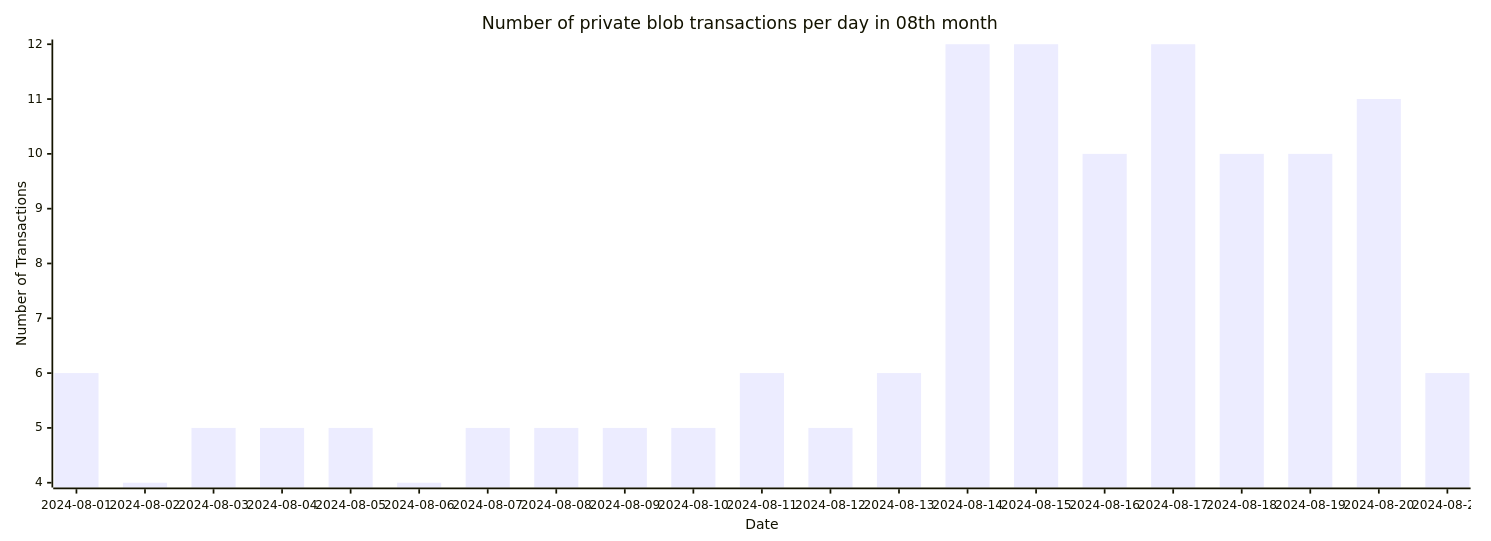
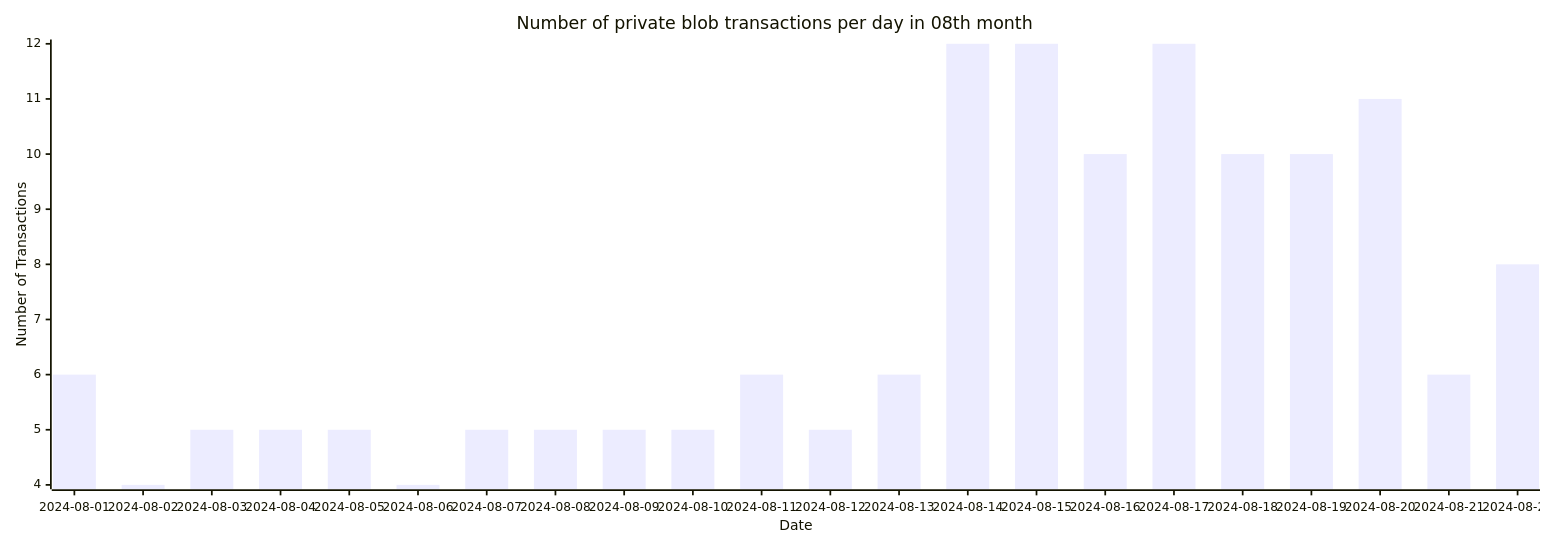
The sixth of 6 diagrams in README.md (Amit0617/eip4844-data), drawn with Mermaid before and after one commit. The commit also changed 1 other file, not shown here.

````diff
--- a/README.md
+++ b/README.md
@@ -66,12 +66,12 @@
 ```mermaid
 ---
 config:
     xyChart:
-        width: 1680
+        width: 1760
         height: 600
 ---
 xychart-beta title "Number of private blob transactions per day in 08th month"
-x-axis "Date" [2024-08-01,2024-08-02,2024-08-03,2024-08-04,2024-08-05,2024-08-06,2024-08-07,2024-08-08,2024-08-09,2024-08-10,2024-08-11,2024-08-12,2024-08-13,2024-08-14,2024-08-15,2024-08-16,2024-08-17,2024-08-18,2024-08-19,2024-08-20,2024-08-21]
+x-axis "Date" [2024-08-01,2024-08-02,2024-08-03,2024-08-04,2024-08-05,2024-08-06,2024-08-07,2024-08-08,2024-08-09,2024-08-10,2024-08-11,2024-08-12,2024-08-13,2024-08-14,2024-08-15,2024-08-16,2024-08-17,2024-08-18,2024-08-19,2024-08-20,2024-08-21,2024-08-22]
 y-axis "Number of Transactions"
-bar[6,4,5,5,5,4,5,5,5,5,6,5,6,12,12,10,12,10,10,11,6]
+bar[6,4,5,5,5,4,5,5,5,5,6,5,6,12,12,10,12,10,10,11,6,8]
 ```
````
